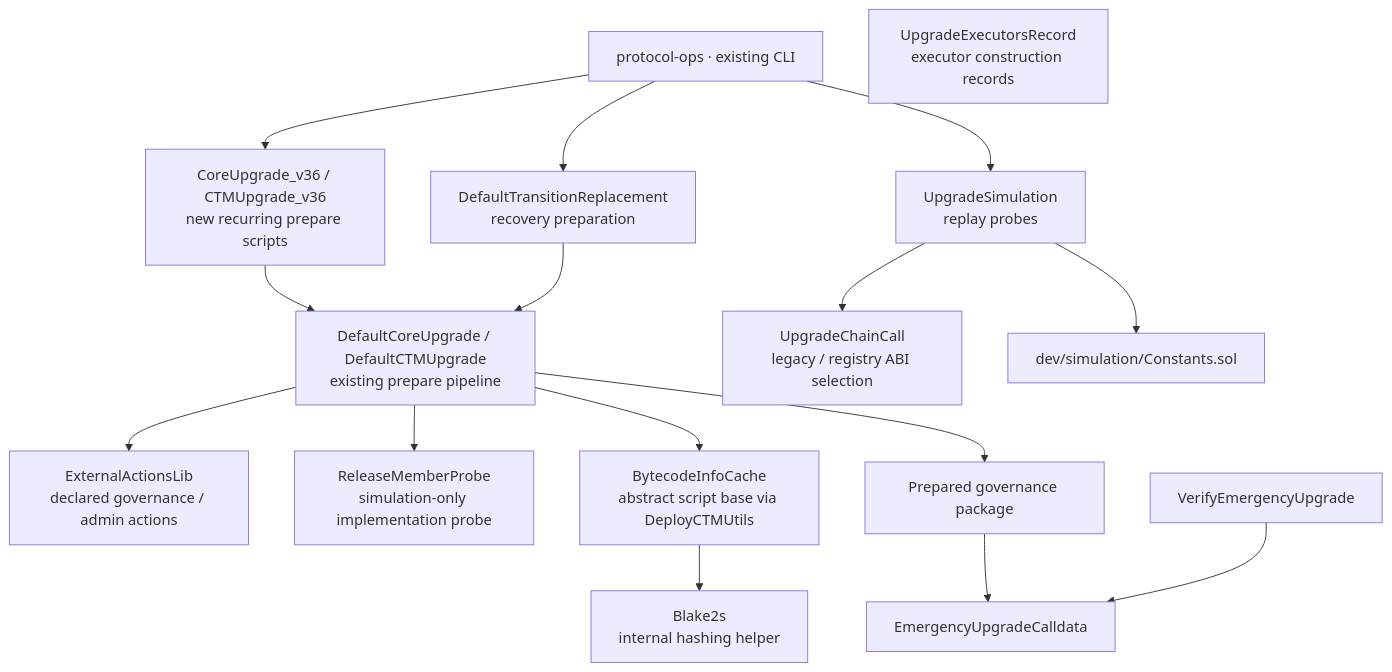
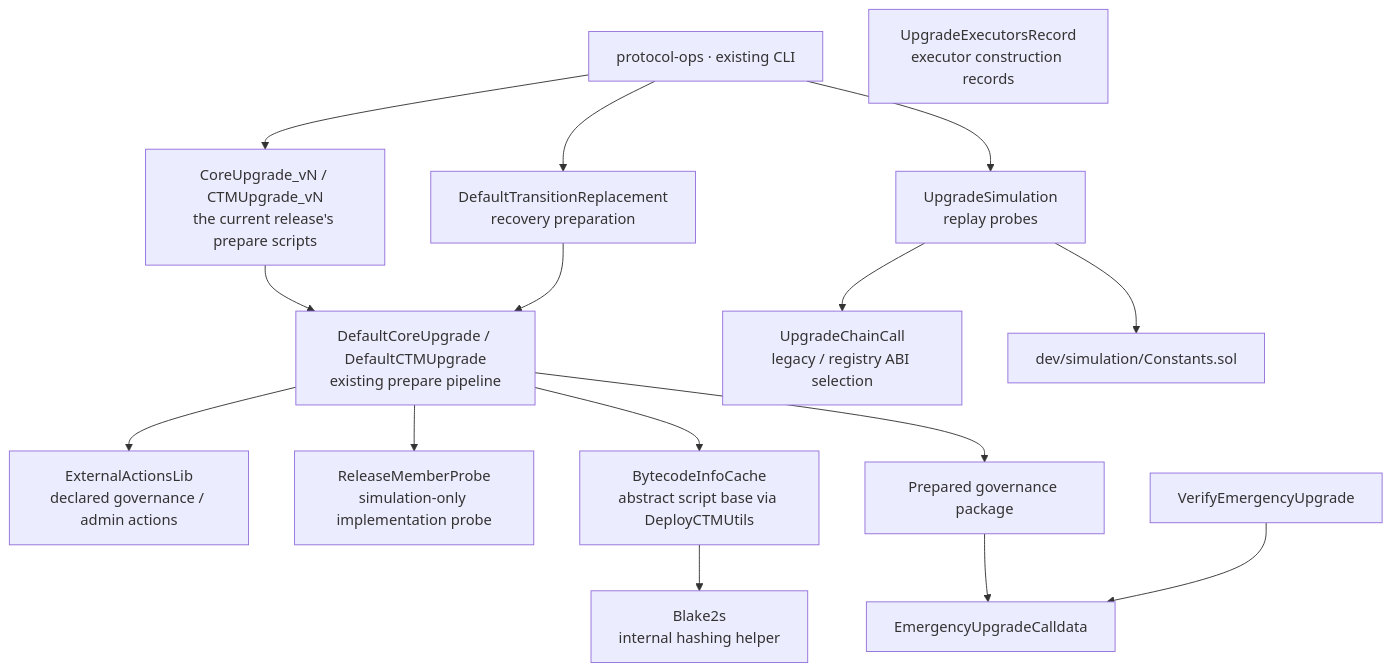
Before and after one commit to matter-labs/era-contracts: the fourth of 4 diagrams in README.md, drawn with Mermaid. The commit also changed other lines of this file and 40 other files, not shown here.

````diff
--- a/README.md
+++ b/README.md
@@ -185,32 +185,32 @@
 ```mermaid
 flowchart TB
     OPS["protocol-ops · existing CLI"]
-    PREP["CoreUpgrade_v36 / CTMUpgrade_v36<br/>new recurring prepare scripts"]
+    PREP["CoreUpgrade_vN / CTMUpgrade_vN<br/>the current release's prepare scripts"]
     BASE["DefaultCoreUpgrade / DefaultCTMUpgrade<br/>existing prepare pipeline"]
     REPLACE["DefaultTransitionReplacement<br/>recovery preparation"]
     ACTIONS["ExternalActionsLib<br/>declared governance / admin actions"]
     PROBE["ReleaseMemberProbe<br/>simulation-only implementation probe"]
     RECORD["UpgradeExecutorsRecord<br/>executor construction records"]
     CACHE["BytecodeInfoCache<br/>abstract script base via DeployCTMUtils"]
     BLAKE["Blake2s<br/>internal hashing helper"]
     SIM["UpgradeSimulation<br/>replay probes"]
     CALL["UpgradeChainCall<br/>legacy / registry ABI selection"]
     CONST["dev/simulation/Constants.sol"]
     EMERG["EmergencyUpgradeCalldata"]
     VERIFY["VerifyEmergencyUpgrade"]
     PACKAGE["Prepared governance package"]
     OPS --> PREP
     OPS --> REPLACE
     PREP --> BASE
     REPLACE --> BASE
     BASE --> ACTIONS
     BASE --> PROBE
     BASE --> CACHE
     CACHE --> BLAKE
     BASE --> PACKAGE
     OPS --> SIM
     SIM --> CALL
     SIM --> CONST
     PACKAGE --> EMERG
     VERIFY --> EMERG
 ```
````
